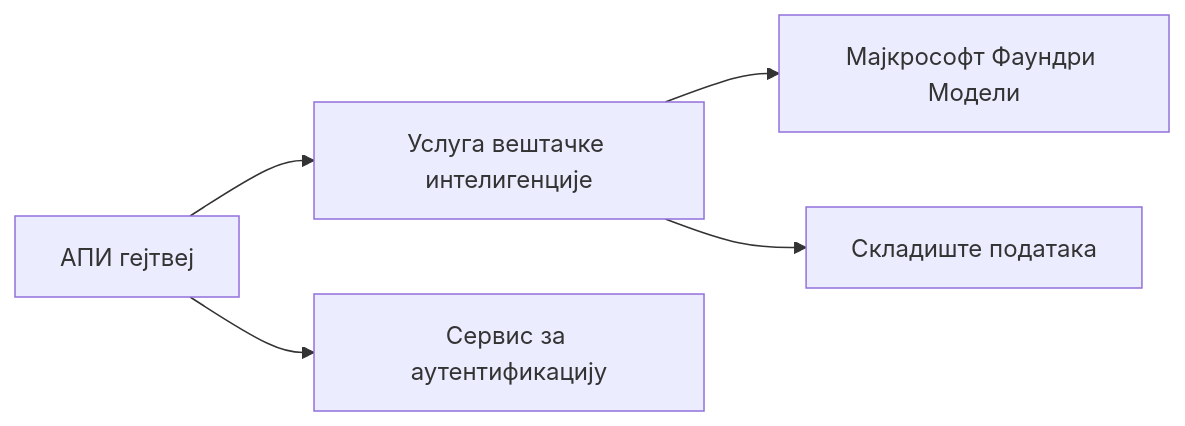
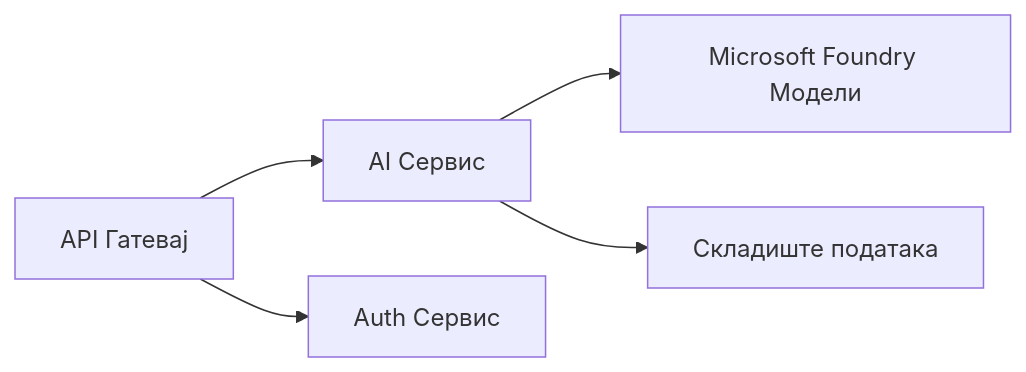
One commit to microsoft/AZD-for-beginners changed the first of 2 diagrams in translations/sr/docs/chapter-08-production/README.md. Above: the diagram before and after it, drawn with Mermaid. The commit also changed other lines of this file and 3 other files, not shown here.

````diff
--- a/translations/sr/docs/chapter-08-production/README.md
+++ b/translations/sr/docs/chapter-08-production/README.md
@@ -48,6 +48,6 @@
 ```mermaid
 graph LR
-    Gateway[АПИ гејтвеј] --> AI[Услуга вештачке интелигенције] --> Models[Мајкрософт Фаундри Модели]
-    Gateway --> Auth[Сервис за аутентификацију]
+    Gateway[API Гатевај] --> AI[AI Сервис] --> Models[Microsoft Foundry Модели]
+    Gateway --> Auth[Auth Сервис]
     AI --> Data[Складиште података]
 ```
````
